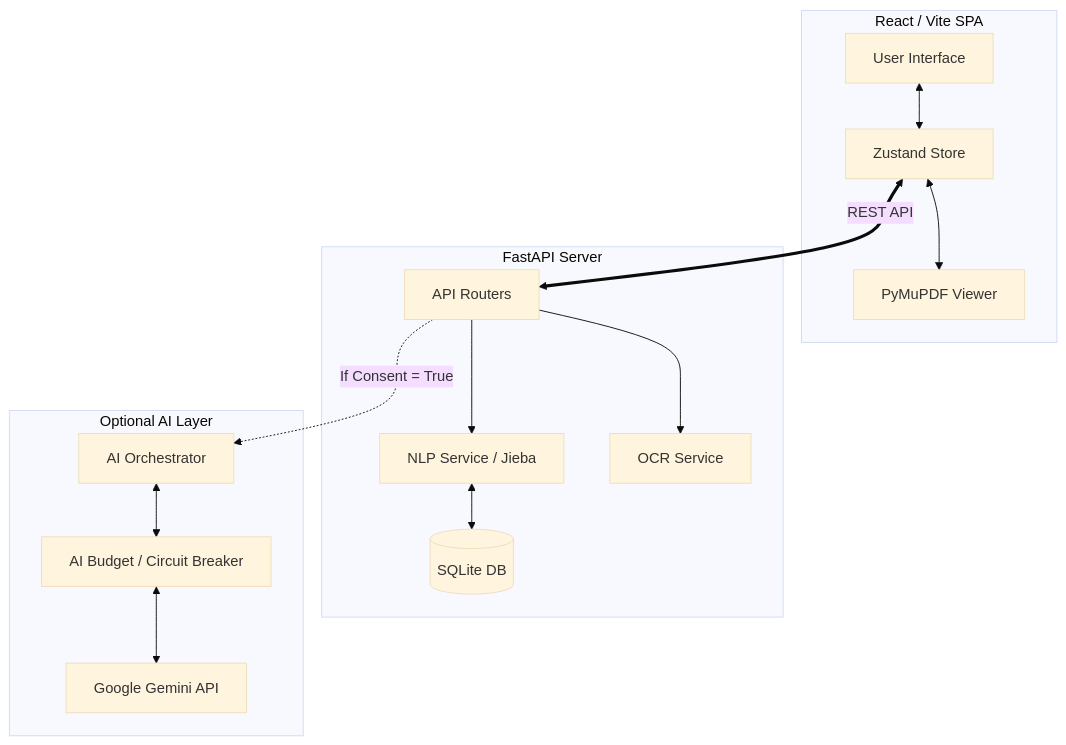
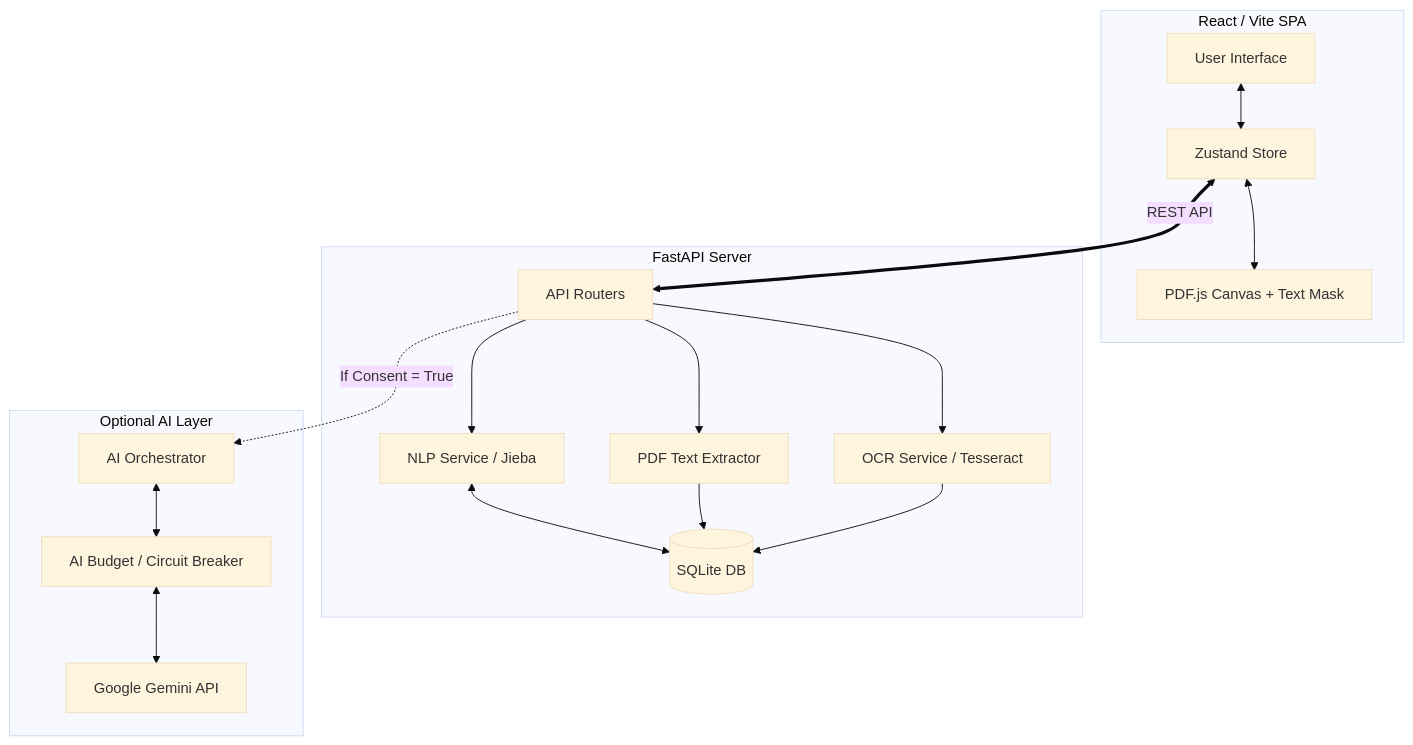
The diagram in docs/architecture.md (Anduong1200/Lingua-Translate), drawn with Mermaid (base theme) before and after one commit. The commit also changed other lines of this file and 54 other files, not shown here.

````diff
--- a/docs/architecture.md
+++ b/docs/architecture.md
@@ -13,34 +13,38 @@
 ```mermaid
 flowchart TD
     subgraph Frontend [React / Vite SPA]
         UI[User Interface]
         Zustand[Zustand Store]
-        PDF[PyMuPDF Viewer]
+        PDF[PDF.js Canvas + Text Mask]
         UI <--> Zustand
         Zustand <--> PDF
     end
 
     subgraph Local Backend [FastAPI Server]
         Router[API Routers]
         NLP[NLP Service / Jieba]
-        OCR[OCR Service]
+        PDFExtract[PDF Text Extractor]
+        OCR[OCR Service / Tesseract]
         DB[(SQLite DB)]
         
         Router --> NLP
+        Router --> PDFExtract
         Router --> OCR
         NLP <--> DB
+        PDFExtract --> DB
+        OCR --> DB
     end
 
     subgraph External AI [Optional AI Layer]
         Orchestrator[AI Orchestrator]
         Gemini[Google Gemini API]
         CircuitBreaker[AI Budget / Circuit Breaker]
         
         Orchestrator <--> CircuitBreaker
         CircuitBreaker <--> Gemini
     end
 
     %% Connections
     Zustand <==>|REST API| Router
-    Router -.->|If Consent = True| Orchestrator
+Router -.->|If Consent = True| Orchestrator
 ```
````
